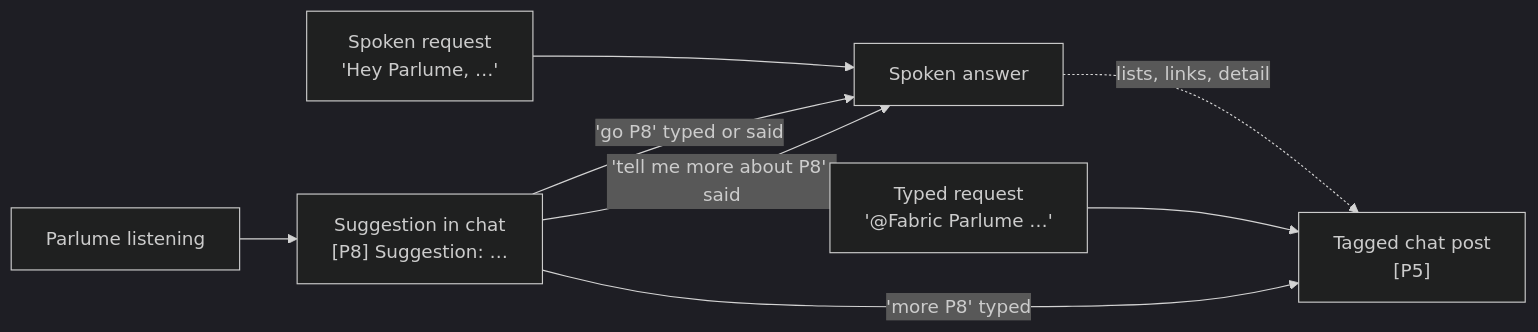
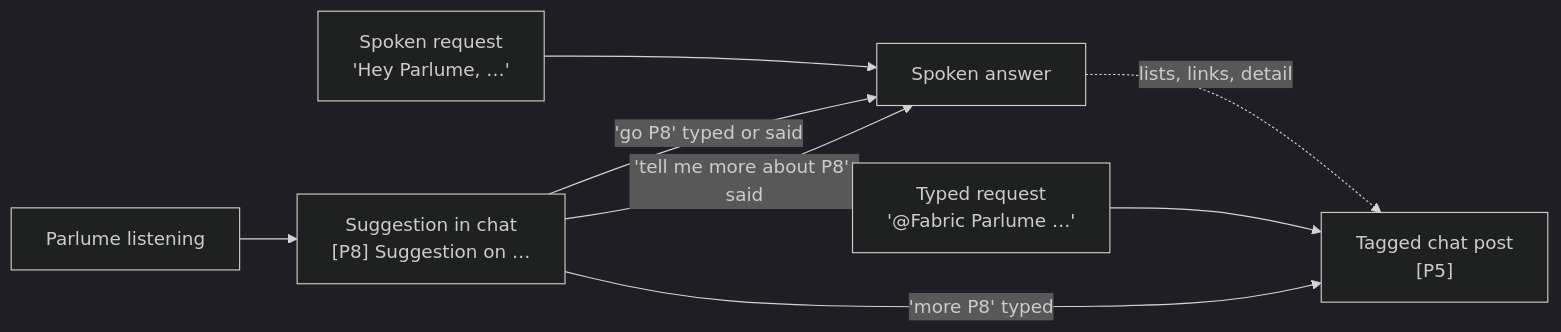
One commit to Fabric-Pro/fabric-oss changed the second of 3 diagrams in apps/web/content/docs/features/parlume-meetings.mdx. Above: the diagram before and after it, drawn with Mermaid (dark theme). The commit also changed other lines of this file and 204 other files, not shown here.

````diff
--- a/apps/web/content/docs/features/parlume-meetings.mdx
+++ b/apps/web/content/docs/features/parlume-meetings.mdx
@@ -91,10 +259,10 @@
 ```mermaid
 flowchart LR
     S["Spoken request<br/>'Hey Parlume, …'"] --> V["Spoken answer"]
     V -. "lists, links, detail" .-> C["Tagged chat post<br/>[P5]"]
     T["Typed request<br/>'@Fabric Parlume …'"] --> C
-    L["Parlume listening"] --> G["Suggestion in chat<br/>[P8] Suggestion: …"]
+    L["Parlume listening"] --> G["Suggestion in chat<br/>[P8] Suggestion on …"]
     G -- "'go P8' typed or said" --> V
     G -- "'more P8' typed" --> C
     G -- "'tell me more about P8' said" --> V
 ```
````
